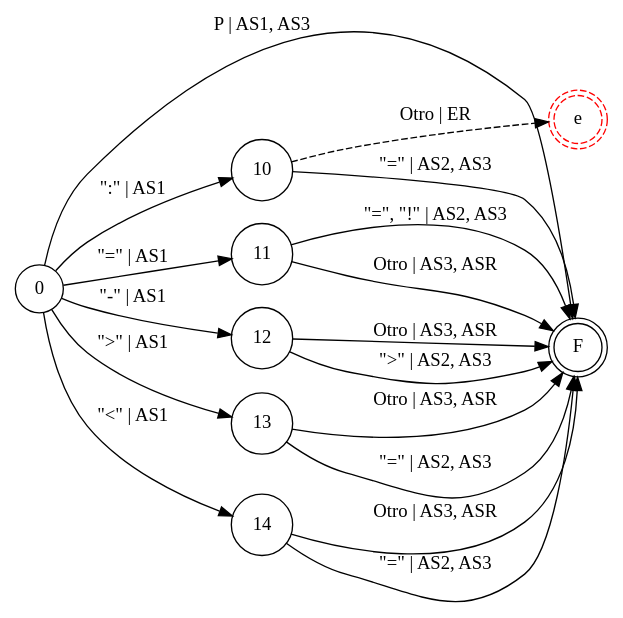
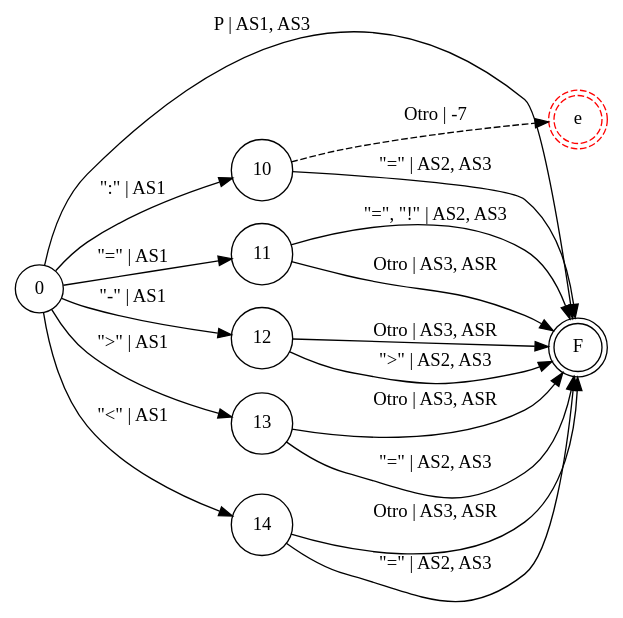
The diagram in resources/diagrams/graphs/operators.dot (iroumec/RouVel-Compiler), drawn with Graphviz before and after one commit. The commit also changed 23 other files, not shown here.

```diff
--- a/resources/diagrams/graphs/operators.dot
+++ b/resources/diagrams/graphs/operators.dot
@@ -1,23 +1,23 @@
 digraph DFA {
     rankdir = LR;
     node [shape = circle;];
     F [shape = doublecircle;];
     eP [shape = doublecircle;style = dashed;color = red;label = "e";];
     
     0 -> 10 [label = "\":\" | AS1";];
     0 -> 11 [label = "\"=\" | AS1";];
     0 -> 12 [label = "\"-\" | AS1";];
     0 -> 13 [label = "\">\" | AS1";];
     0 -> 14 [label = "\"<\" | AS1";];
     0 -> F [label = "P | AS1, AS3";];
     10 -> F [label = "\"=\" | AS2, AS3";];
-    10 -> eP [label = "Otro | ER"; style = dashed;];
+    10 -> eP [label = "Otro | -7"; style = dashed;];
     11 -> F [label = "\"=\", \"!\" | AS2, AS3";];
     11 -> F [label = "Otro | AS3, ASR";];
     12 -> F [label = "\">\" | AS2, AS3";];
     12 -> F [label = "Otro | AS3, ASR";];
     13 -> F [label = "\"=\" | AS2, AS3";];
     13 -> F [label = "Otro | AS3, ASR";];
     14 -> F [label = "\"=\" | AS2, AS3";];
     14 -> F [label = "Otro | AS3, ASR";];
 }
```
